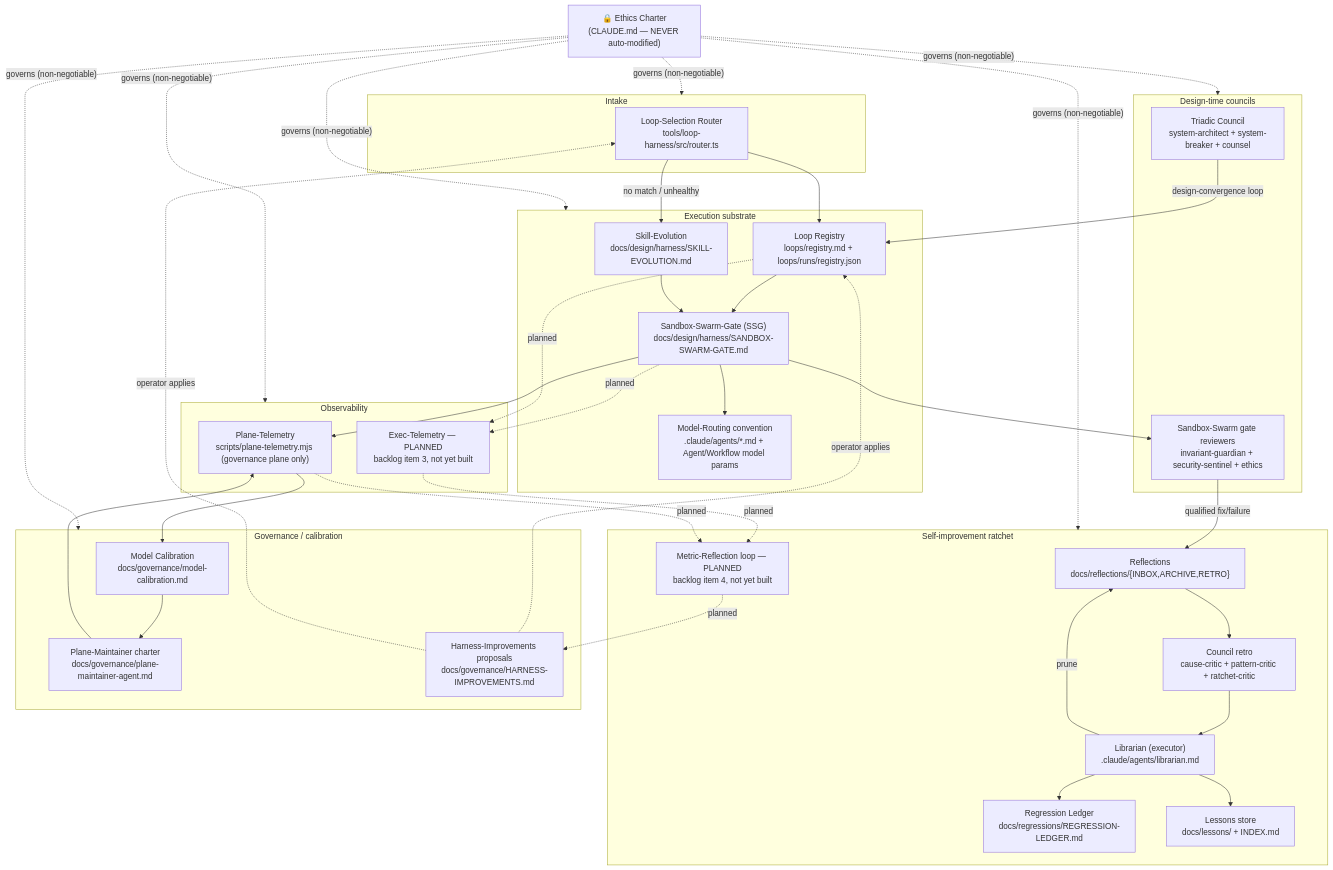
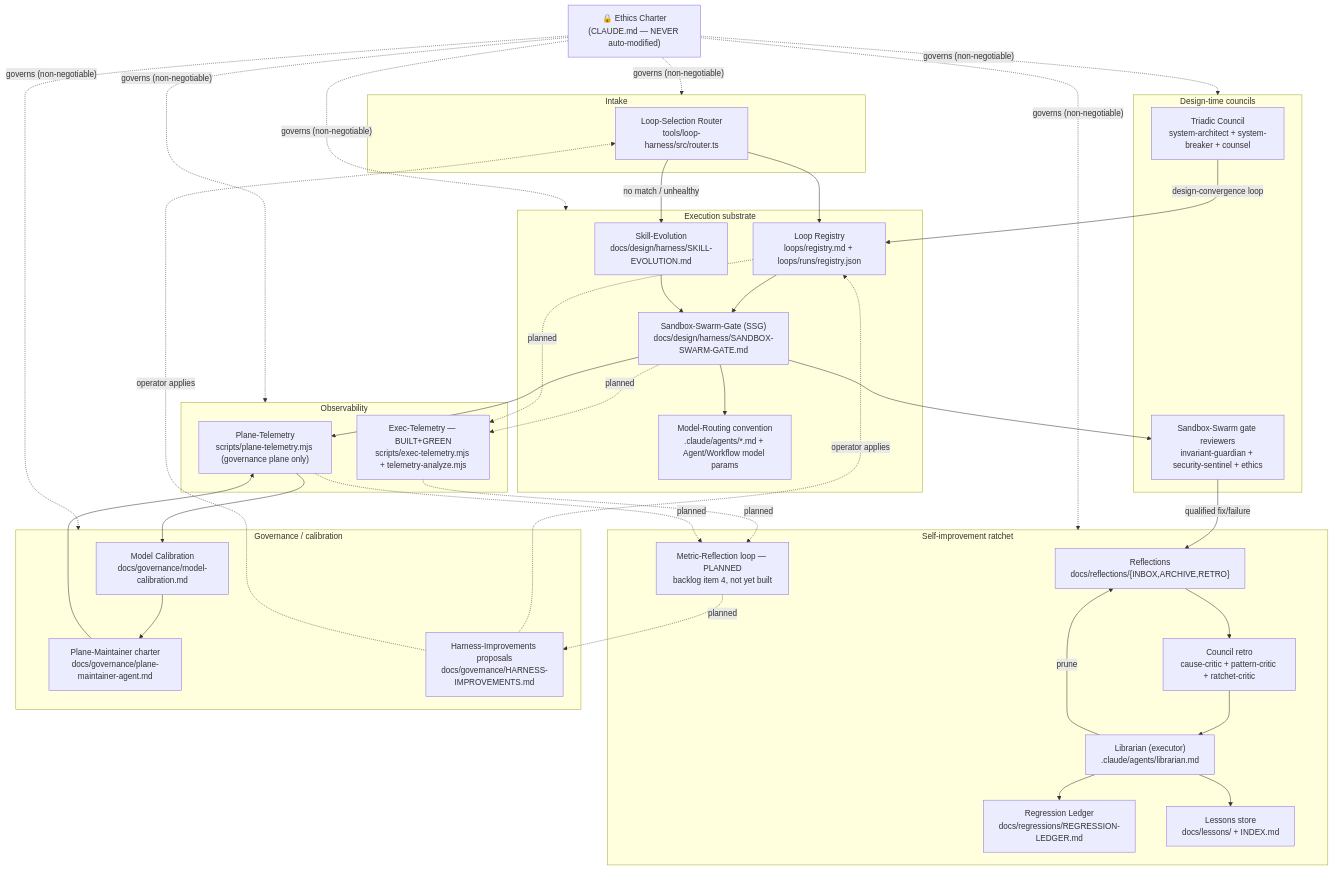
Before and after one commit to SyniakSviatoslav/dowiz: the diagram in docs/design/harness/SYSTEMS-MAP.md, drawn with Mermaid. The commit also changed other lines of this file and 4 other files, not shown here.

First line of the commit message:
feat(harness): exec-telemetry emitter + bottleneck analyzer (backlog item 3)

````diff
--- a/docs/design/harness/SYSTEMS-MAP.md
+++ b/docs/design/harness/SYSTEMS-MAP.md
@@ -24,77 +24,77 @@
 ```mermaid
 flowchart TB
     ETHICS["🔒 Ethics Charter\n(CLAUDE.md — NEVER auto-modified)"]
 
     subgraph INTAKE["Intake"]
         ROUTER["Loop-Selection Router\ntools/loop-harness/src/router.ts"]
     end
 
     subgraph EXEC["Execution substrate"]
         SSG["Sandbox-Swarm-Gate (SSG)\ndocs/design/harness/SANDBOX-SWARM-GATE.md"]
         SKILLEVO["Skill-Evolution\ndocs/design/harness/SKILL-EVOLUTION.md"]
         MODELROUTE["Model-Routing convention\n.claude/agents/*.md + Agent/Workflow model params"]
         REGISTRY["Loop Registry\nloops/registry.md + loops/runs/registry.json"]
     end
 
     subgraph OBSERVE["Observability"]
         PLANETEL["Plane-Telemetry\nscripts/plane-telemetry.mjs (governance plane only)"]
-        EXECTEL["Exec-Telemetry — PLANNED\nbacklog item 3, not yet built"]
+        EXECTEL["Exec-Telemetry — BUILT+GREEN\nscripts/exec-telemetry.mjs + telemetry-analyze.mjs"]
     end
 
     subgraph LEARN["Self-improvement ratchet"]
         REFLECT["Reflections\ndocs/reflections/{INBOX,ARCHIVE,RETRO}"]
         COUNCIL["Council retro\ncause-critic + pattern-critic + ratchet-critic"]
         METRICREFLECT["Metric-Reflection loop — PLANNED\nbacklog item 4, not yet built"]
         LIBRARIAN["Librarian (executor)\n.claude/agents/librarian.md"]
         LEDGER["Regression Ledger\ndocs/regressions/REGRESSION-LEDGER.md"]
         LESSONS["Lessons store\ndocs/lessons/ + INDEX.md"]
     end
 
     subgraph GOVERN["Governance / calibration"]
         PLANEMAINT["Plane-Maintainer charter\ndocs/governance/plane-maintainer-agent.md"]
         CALIBRATION["Model Calibration\ndocs/governance/model-calibration.md"]
         HARNESSPROP["Harness-Improvements proposals\ndocs/governance/HARNESS-IMPROVEMENTS.md"]
     end
 
     subgraph COUNCILS["Design-time councils"]
         TRIADIC["Triadic Council\nsystem-architect + system-breaker + counsel"]
         SSGATE["Sandbox-Swarm gate reviewers\ninvariant-guardian + security-sentinel + ethics"]
     end
 
     ETHICS -.governs (non-negotiable).-> INTAKE
     ETHICS -.governs (non-negotiable).-> EXEC
     ETHICS -.governs (non-negotiable).-> OBSERVE
     ETHICS -.governs (non-negotiable).-> LEARN
     ETHICS -.governs (non-negotiable).-> GOVERN
     ETHICS -.governs (non-negotiable).-> COUNCILS
 
     ROUTER --> REGISTRY
     ROUTER -->|no match / unhealthy| SKILLEVO
     REGISTRY --> SSG
     SSG --> MODELROUTE
     SSG --> SSGATE
     SKILLEVO --> SSG
 
     SSG --> PLANETEL
     PLANEMAINT --> PLANETEL
     PLANETEL --> CALIBRATION
     SSG -. planned .-> EXECTEL
     REGISTRY -. planned .-> EXECTEL
 
     SSGATE -->|qualified fix/failure| REFLECT
     REFLECT --> COUNCIL
     COUNCIL --> LIBRARIAN
     LIBRARIAN --> LEDGER
     LIBRARIAN --> LESSONS
     LIBRARIAN -->|prune| REFLECT
 
     EXECTEL -. planned .-> METRICREFLECT
     PLANETEL -. planned .-> METRICREFLECT
     METRICREFLECT -. planned .-> HARNESSPROP
 
     TRIADIC -->|design-convergence loop| REGISTRY
     CALIBRATION --> PLANEMAINT
 
     HARNESSPROP -.operator applies.-> REGISTRY
     HARNESSPROP -.operator applies.-> ROUTER
 ```
````
